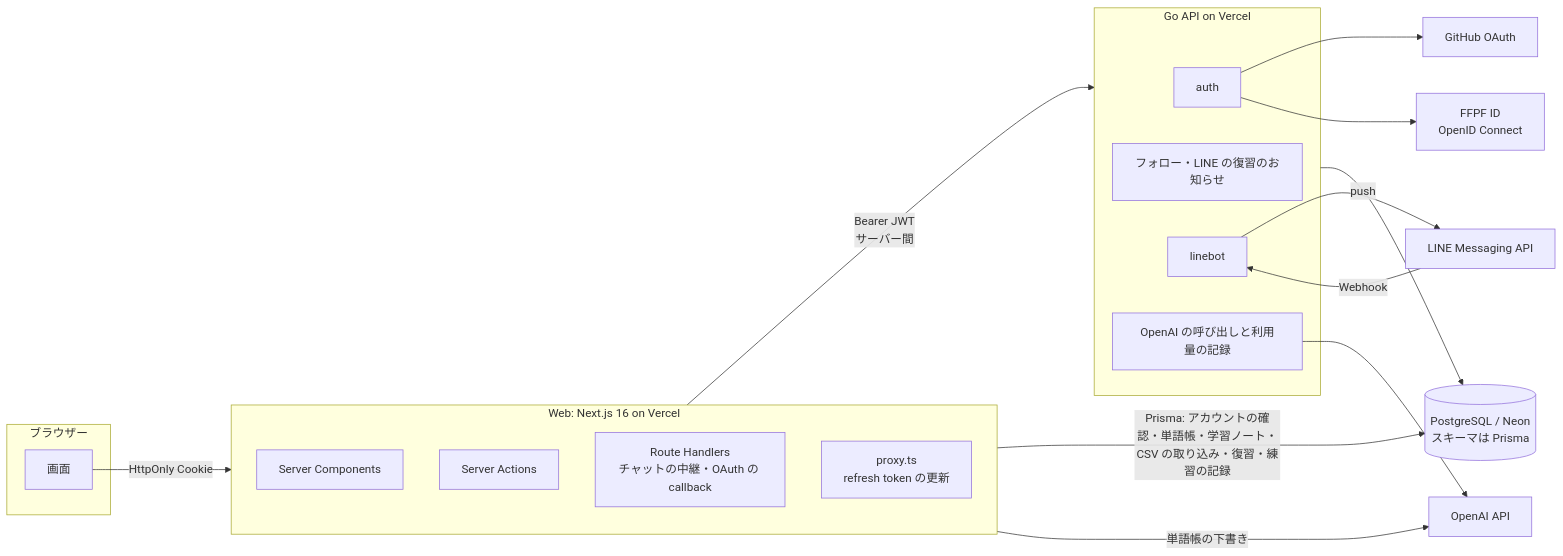
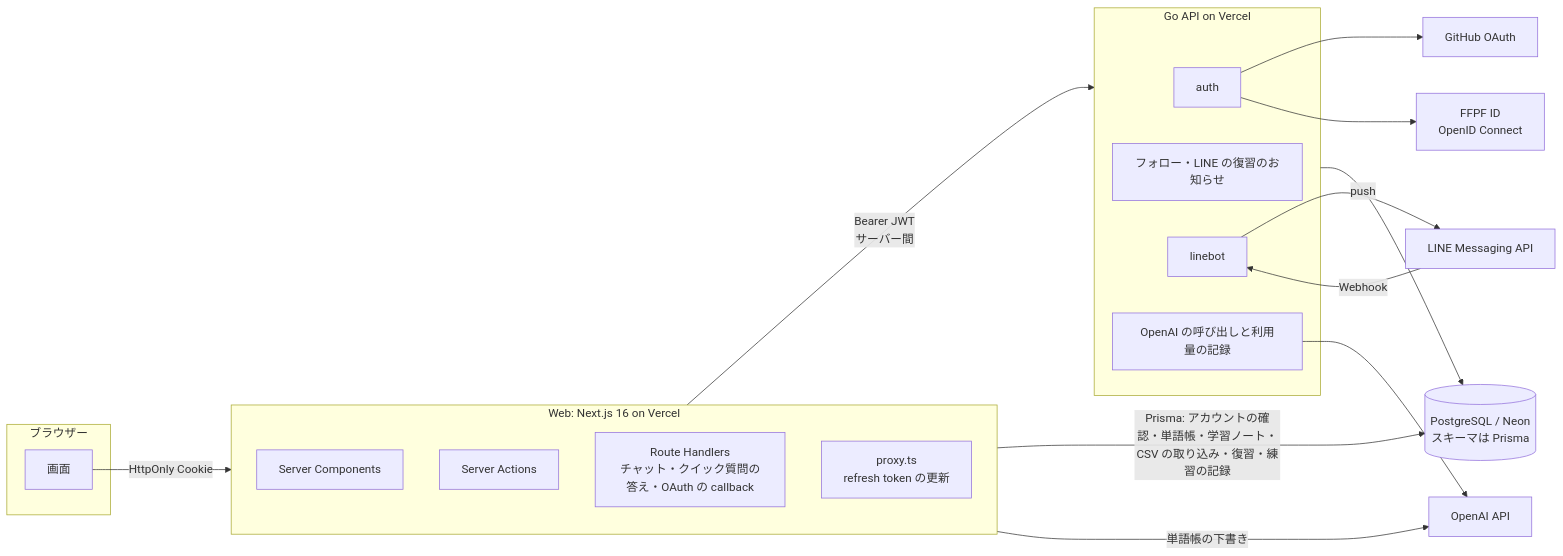
Before and after one commit to Sparklingstadt/ffpf-zhuelog: the first of 2 diagrams in docs/architecture.md, drawn with Mermaid. The commit also changed other lines of this file and 4 other files, not shown here.

````diff
--- a/docs/architecture.md
+++ b/docs/architecture.md
@@ -7,34 +7,34 @@
 ```mermaid
 flowchart LR
   subgraph Browser[ブラウザー]
     UI[画面]
   end
   subgraph Web[Web: Next.js 16 on Vercel]
     RSC[Server Components]
     SA[Server Actions]
-    RH[Route Handlers<br/>チャットの中継・OAuth の callback]
+    RH[Route Handlers<br/>チャット・クイック質問の答え・OAuth の callback]
     PX[proxy.ts<br/>refresh token の更新]
   end
   subgraph API[Go API on Vercel]
     AUTH[auth]
     DATA[フォロー・LINE の復習のお知らせ]
     LINEBOT[linebot]
     AI[OpenAI の呼び出しと利用量の記録]
   end
   DB[(PostgreSQL / Neon<br/>スキーマは Prisma)]
   OpenAI[OpenAI API]
   LINE[LINE Messaging API]
   GH[GitHub OAuth]
   FFPF[FFPF ID<br/>OpenID Connect]
 
   UI -->|HttpOnly Cookie| Web
   Web -->|Bearer JWT<br/>サーバー間| API
   API --> DB
   Web -->|Prisma: アカウントの確認・単語帳・学習ノート・CSV の取り込み・復習・練習の記録| DB
   Web -->|単語帳の下書き| OpenAI
   AI --> OpenAI
   LINE -->|Webhook| LINEBOT
   LINEBOT -->|push| LINE
   AUTH --> GH
   AUTH --> FFPF
 ```
````
